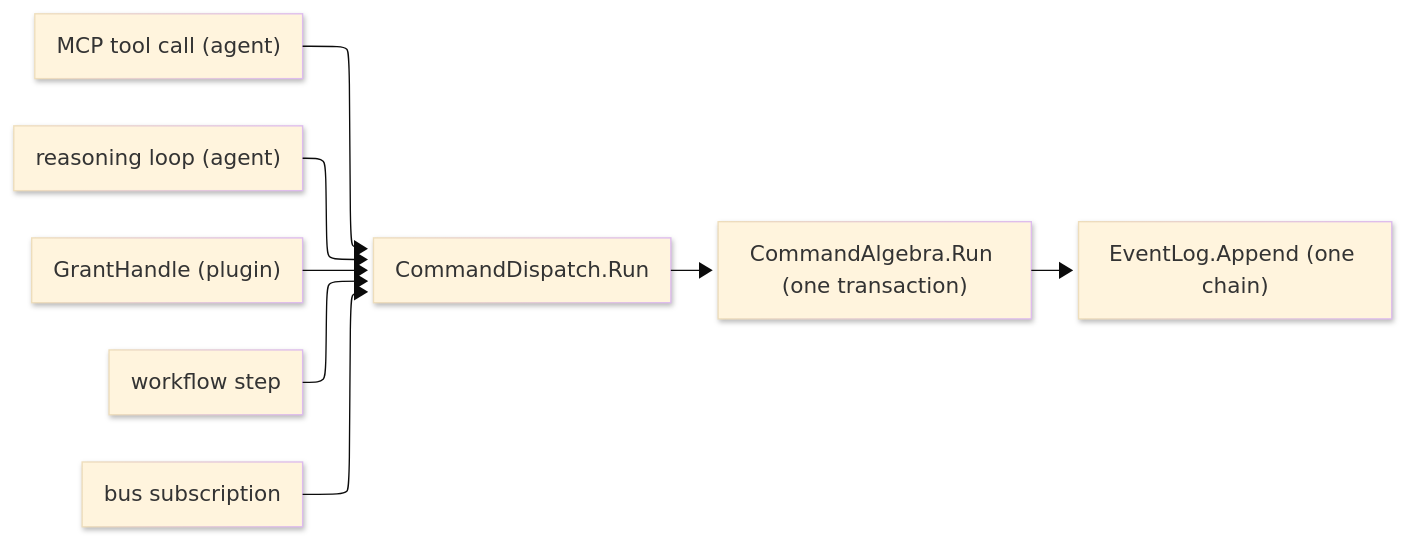
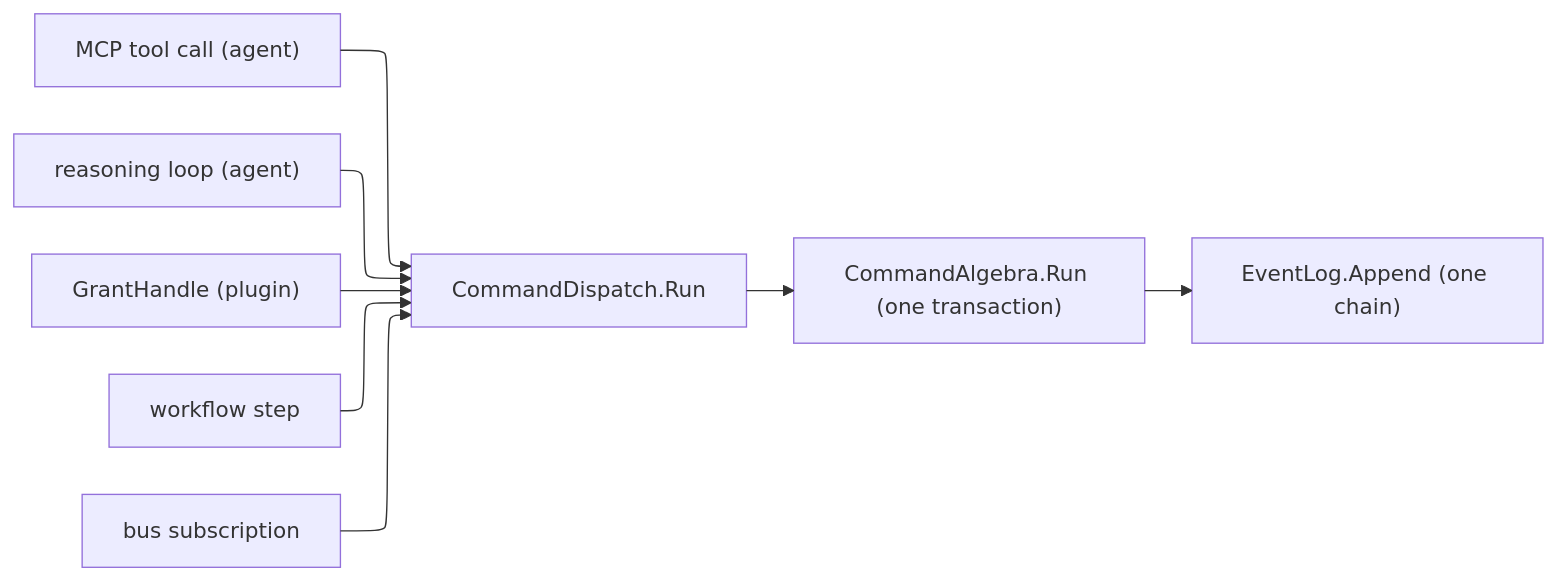
The diagram in libs/csharp/Rasm.AppHost/.planning/Agent/runtime.md (bsamiee/Rasm), drawn with Mermaid before and after one commit. The commit also changed 324 other files, not shown here.

````diff
--- a/libs/csharp/Rasm.AppHost/.planning/Agent/runtime.md
+++ b/libs/csharp/Rasm.AppHost/.planning/Agent/runtime.md
@@ -67,18 +67,16 @@
 ```mermaid
 ---
 config:
   layout: elk
-  look: neo
-  theme: base
 ---
 flowchart LR
     accTitle: One command-dispatch front door, three callers, one chain
     accDescr: The MCP tool call, the in-process reasoning loop, and the plugin grant handle all invoke CommandDispatch.Run; the durable workflow step and the event-bus subscription invoke the same entry; Run dispatches through CommandAlgebra and chains the receipt into the one EventLog.
     Mcp["MCP tool call (agent)"] --> Run
     Loop["reasoning loop (agent)"] --> Run
     Plugin["GrantHandle (plugin)"] --> Run
     Step["workflow step"] --> Run
     Sub["bus subscription"] --> Run
     Run["CommandDispatch.Run"] --> Algebra["CommandAlgebra.Run (one transaction)"]
     Algebra --> Chain["EventLog.Append (one chain)"]
 ```
````
